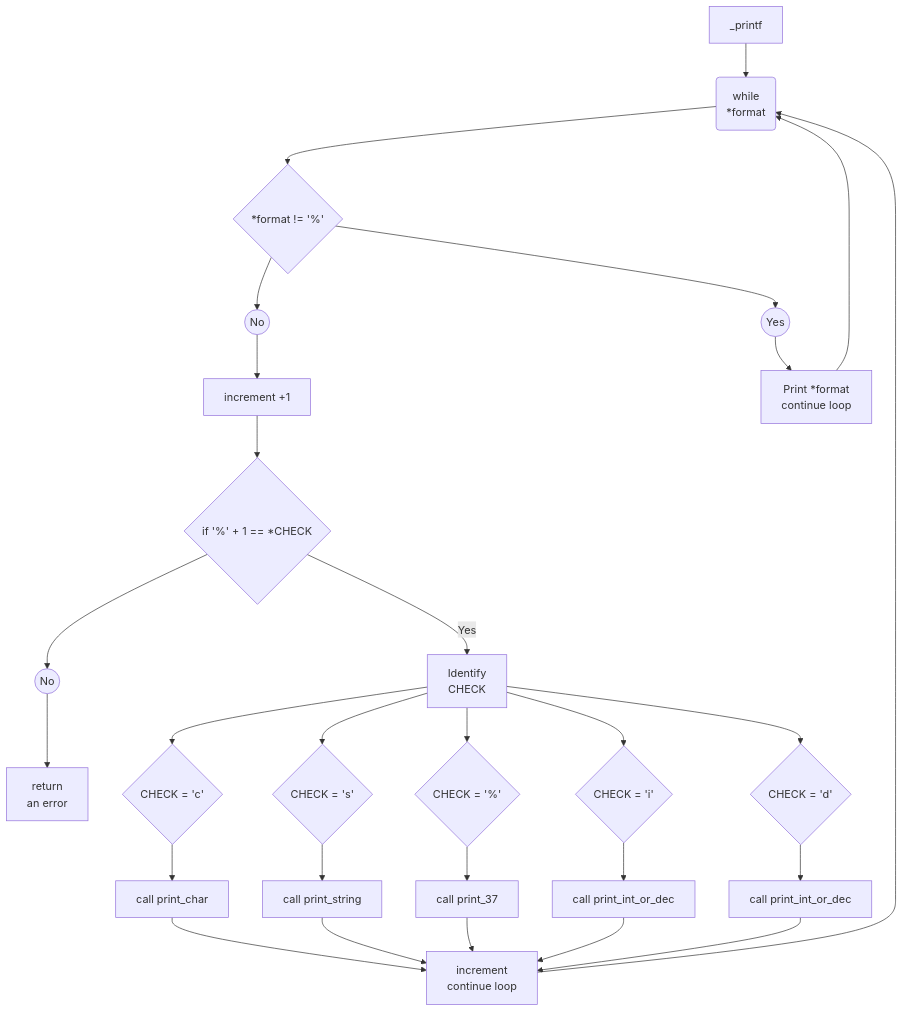
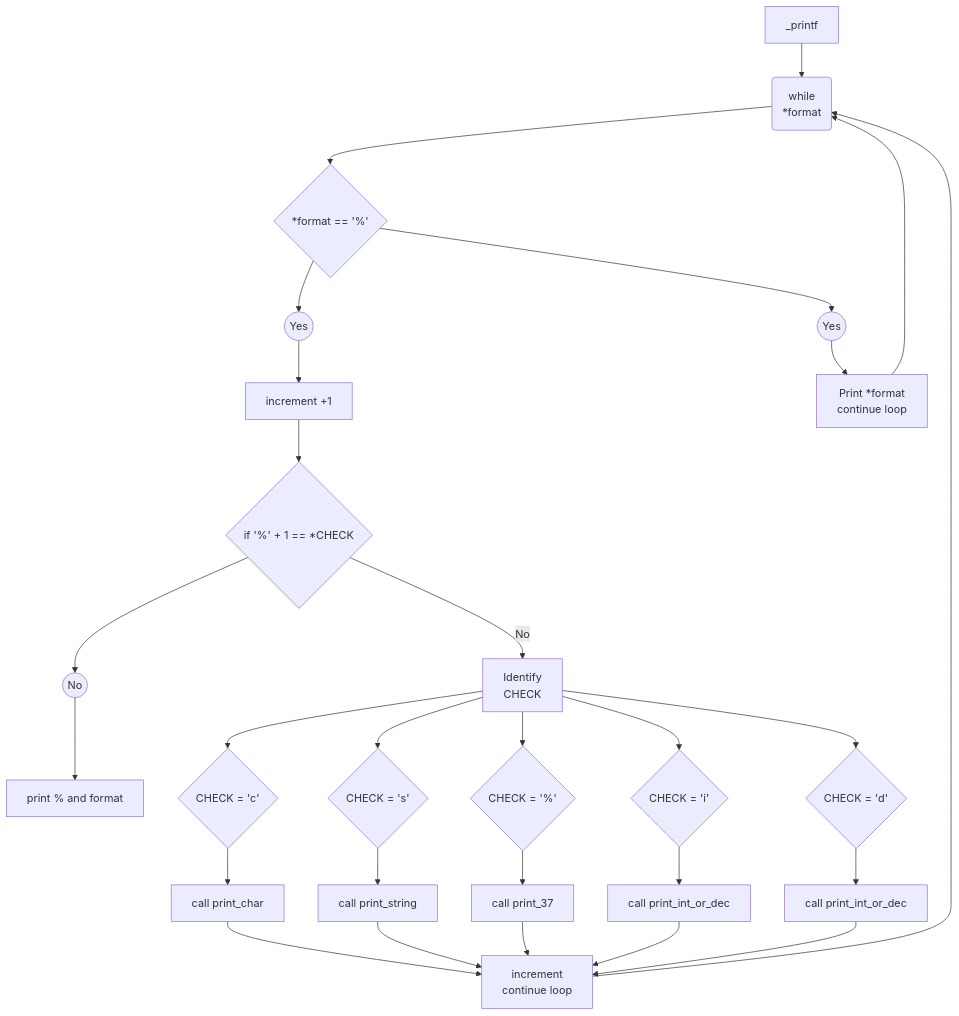
Before and after one commit to Cyprien-GEHU/holbertonschool-printf: the diagram in README.md, drawn with Mermaid.

Commit message:
update readme.md flowchart

````diff
--- a/README.md
+++ b/README.md
@@ -42,32 +42,31 @@
 ```mermaid
 flowchart TB
     A[_printf] --> B(while
     *format)
-    B --> C{*format != '%'}
-    C --> X((No)) --> F[increment +1]
+    B --> C{*format == '%'}
+    C --> X((Yes)) --> F[increment +1]
     F --> G{if '%' + 1 == *CHECK}
-    G --> W((No)) --> K[return
-    an error]
-    G --Yes --> J[Identify
+    G --> W((No)) --> K[print % and format]
+    G --No --> J[Identify
     CHECK]
     J --> L{CHECK = 'c'}
     J --> M{CHECK = 's'}
     J --> N{CHECK = '%'}
     J --> O{CHECK = 'i'}
     J --> P{CHECK = 'd'}
     L --> Q[call print_char]
     M --> R[call print_string]
     N --> S[call print_37]
     O --> T[call print_int_or_dec]
     P --> U[call print_int_or_dec]
     Q --> V[increment
     continue loop]
     R --> V
     S --> V
     T --> V
     U --> V
     V --> B
     C --> Y((Yes)) --> D[Print *format
     continue loop]
     D --> B
 ```
````
